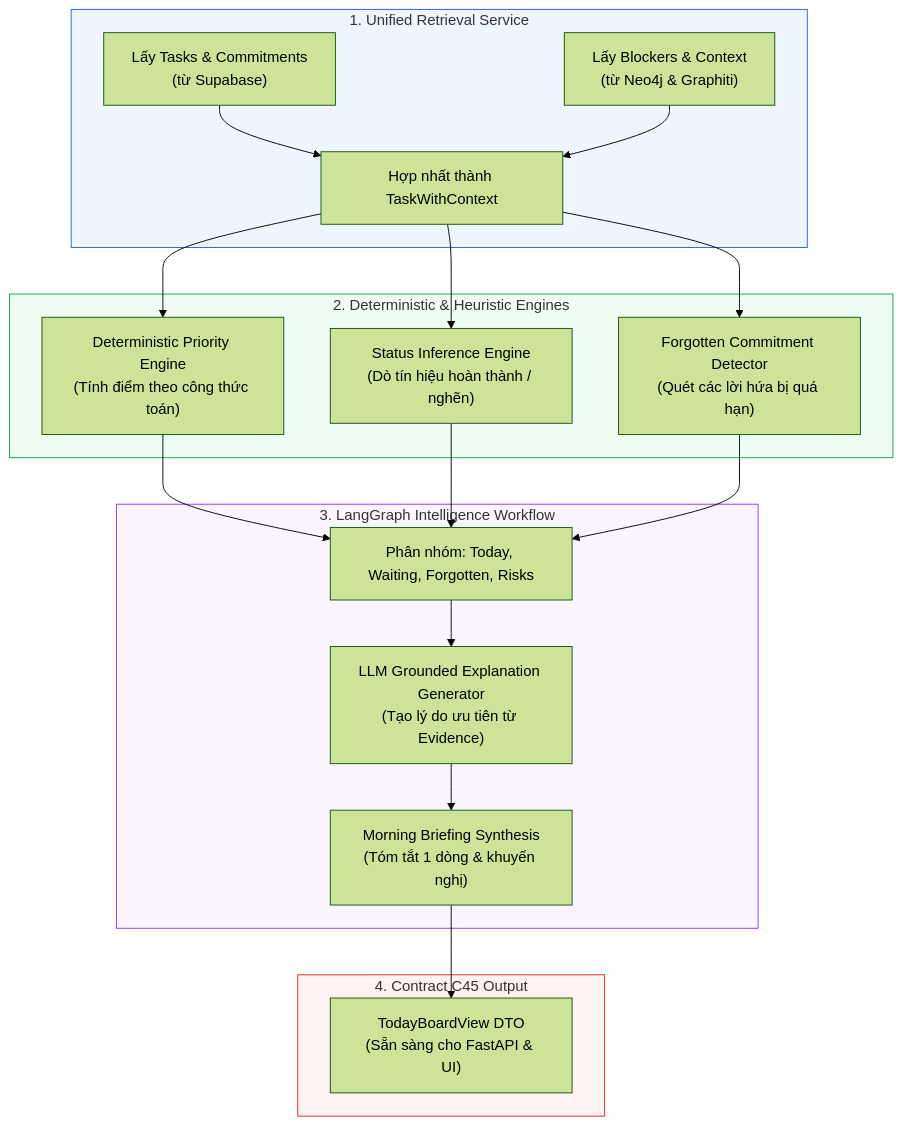
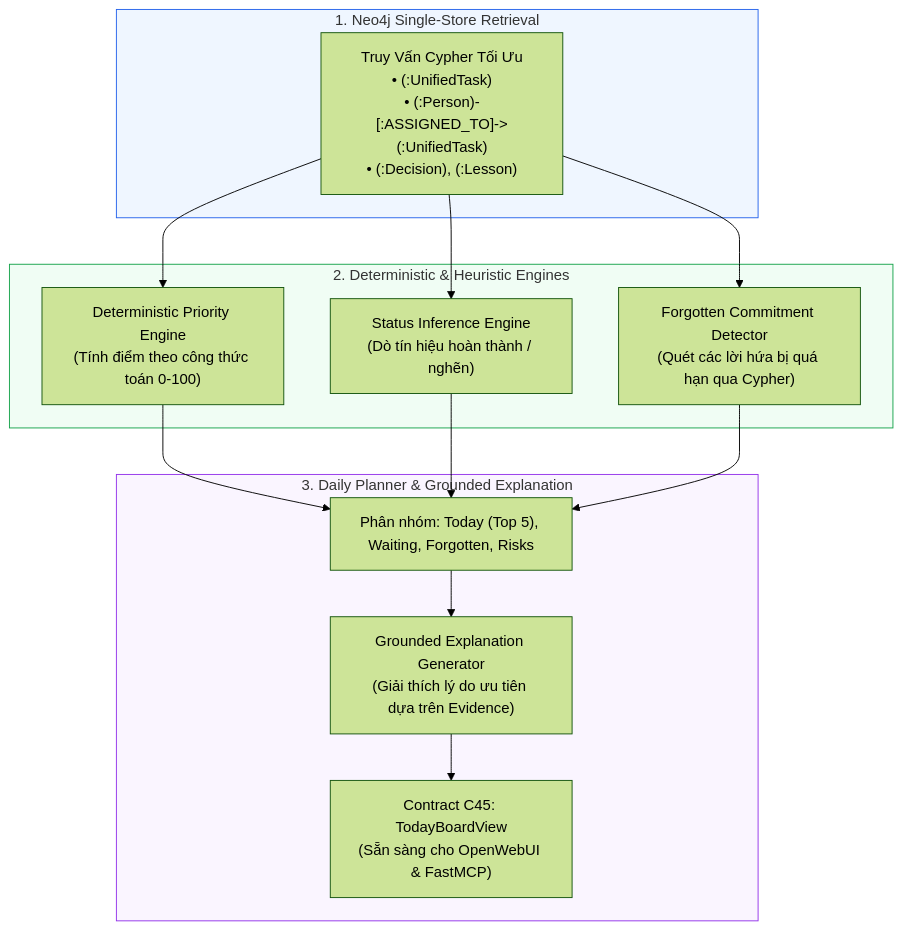
One commit to nxc1802/Personal_Task_Board changed the first of 2 diagrams in docs/layers/layer-4-intelligence.md. Above: the diagram before and after it, drawn with Mermaid (forest theme). The commit also changed other lines of this file and 8 other files, not shown here.

First line of the commit message:
docs: re-architect project to Lean Local-First edition

````diff
--- a/docs/layers/layer-4-intelligence.md
+++ b/docs/layers/layer-4-intelligence.md
@@ -16,35 +16,26 @@
 ```mermaid
 flowchart TD
-    subgraph DataRetrieval ["1. Unified Retrieval Service"]
-        RET_SUPA["Lấy Tasks & Commitments<br/>(từ Supabase)"]
-        RET_GRAPH["Lấy Blockers & Context<br/>(từ Neo4j & Graphiti)"]
-        RET_COMBINE["Hợp nhất thành TaskWithContext"]
-        RET_SUPA & RET_GRAPH --> RET_COMBINE
+    subgraph DataRetrieval ["1. Neo4j Single-Store Retrieval"]
+        CYPHER_RET["Truy Vấn Cypher Tối Ưu<br/>• (:UnifiedTask)<br/>• (:Person)-[:ASSIGNED_TO]->(:UnifiedTask)<br/>• (:Decision), (:Lesson)"]
     end
 
     subgraph AnalyticalEngines ["2. Deterministic & Heuristic Engines"]
-        PE["Deterministic Priority Engine<br/>(Tính điểm theo công thức toán)"]
+        PE["Deterministic Priority Engine<br/>(Tính điểm theo công thức toán 0-100)"]
         SI["Status Inference Engine<br/>(Dò tín hiệu hoàn thành / nghẽn)"]
-        FCD["Forgotten Commitment Detector<br/>(Quét các lời hứa bị quá hạn)"]
+        FCD["Forgotten Commitment Detector<br/>(Quét các lời hứa bị quá hạn qua Cypher)"]
         
-        RET_COMBINE --> PE & SI & FCD
+        CYPHER_RET --> PE & SI & FCD
     end
 
-    subgraph ReasoningGraph ["3. LangGraph Intelligence Workflow"]
-        RANK_NODE["Phân nhóm: Today, Waiting, Forgotten, Risks"]
-        EXPLAIN_NODE["LLM Grounded Explanation Generator<br/>(Tạo lý do ưu tiên từ Evidence)"]
-        SUMMARY_NODE["Morning Briefing Synthesis<br/>(Tóm tắt 1 dòng & khuyến nghị)"]
+    subgraph PlannerOutput ["3. Daily Planner & Grounded Explanation"]
+        RANKING["Phân nhóm: Today (Top 5), Waiting, Forgotten, Risks"]
+        GROUNDED_EXP["Grounded Explanation Generator<br/>(Giải thích lý do ưu tiên dựa trên Evidence)"]
+        TODAY_VIEW["Contract C45: TodayBoardView<br/>(Sẵn sàng cho OpenWebUI & FastMCP)"]
 
-        PE & SI & FCD --> RANK_NODE --> EXPLAIN_NODE --> SUMMARY_NODE
-    end
-
-    subgraph OutputView ["4. Contract C45 Output"]
-        TODAY_VIEW["TodayBoardView DTO<br/>(Sẵn sàng cho FastAPI & UI)"]
-        SUMMARY_NODE --> TODAY_VIEW
+        PE & SI & FCD --> RANKING --> GROUNDED_EXP --> TODAY_VIEW
     end
 
     style DataRetrieval fill:#EFF6FF,stroke:#2563EB
     style AnalyticalEngines fill:#F0FDF4,stroke:#16A34A
-    style ReasoningGraph fill:#FAF5FF,stroke:#9333EA
-    style OutputView fill:#FEF2F2,stroke:#DC2626
+    style PlannerOutput fill:#FAF5FF,stroke:#9333EA
 ```
````
